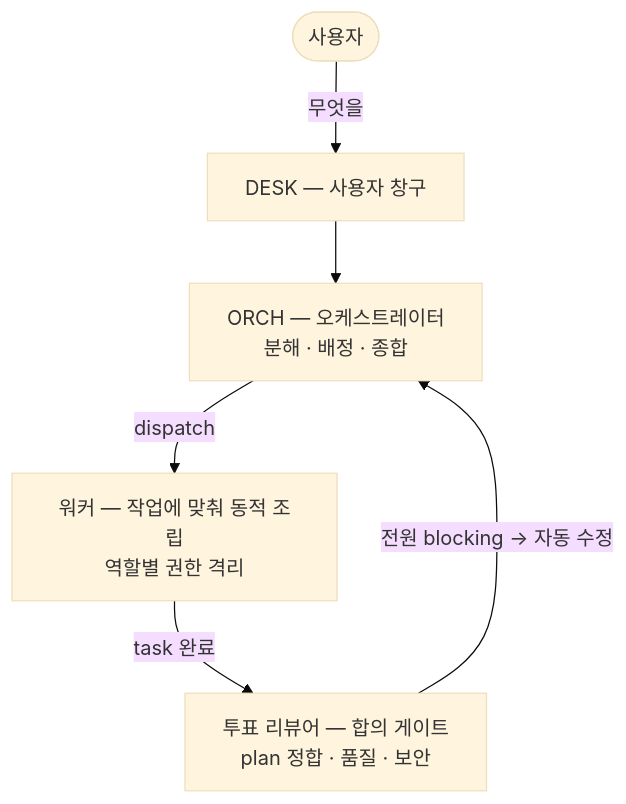
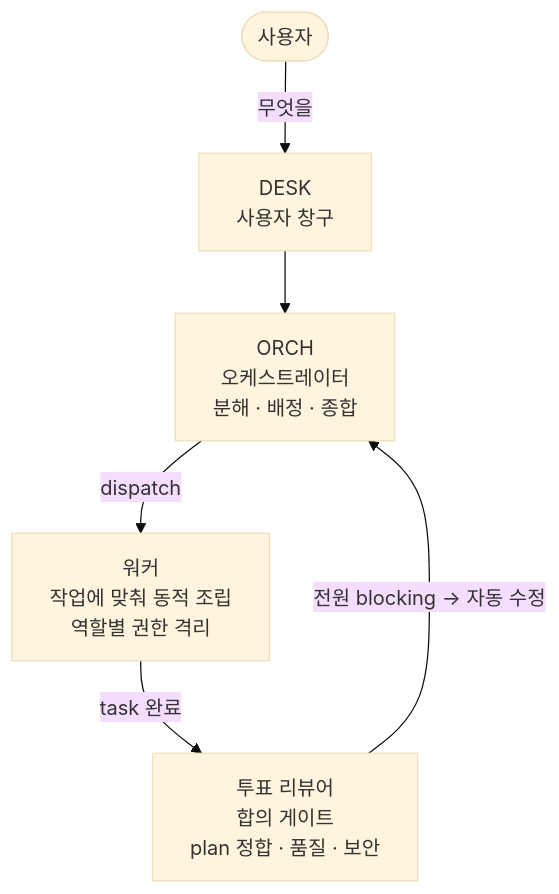
The diagram in README.md (taehyunan-99/awa), drawn with Mermaid (base theme) before and after one commit. The commit also changed other lines of this file, not shown here.

````diff
--- a/README.md
+++ b/README.md
@@ -37,8 +37,8 @@
 ```mermaid
 flowchart TB
-    USER(["사용자"]) -->|"무엇을"| DESK["DESK — 사용자 창구"]
-    DESK --> ORCH["ORCH — 오케스트레이터<br/>분해 · 배정 · 종합"]
-    ORCH -->|"dispatch"| W["워커 — 작업에 맞춰 동적 조립<br/>역할별 권한 격리"]
-    W -->|"task 완료"| R["투표 리뷰어 — 합의 게이트<br/>plan 정합 · 품질 · 보안"]
+    USER(["사용자"]) -->|"무엇을"| DESK["DESK<br/>사용자 창구"]
+    DESK --> ORCH["ORCH<br/>오케스트레이터<br/>분해 · 배정 · 종합"]
+    ORCH -->|"dispatch"| W["워커<br/>작업에 맞춰 동적 조립<br/>역할별 권한 격리"]
+    W -->|"task 완료"| R["투표 리뷰어<br/>합의 게이트<br/>plan 정합 · 품질 · 보안"]
     R -->|"전원 blocking → 자동 수정"| ORCH
 ```
````
